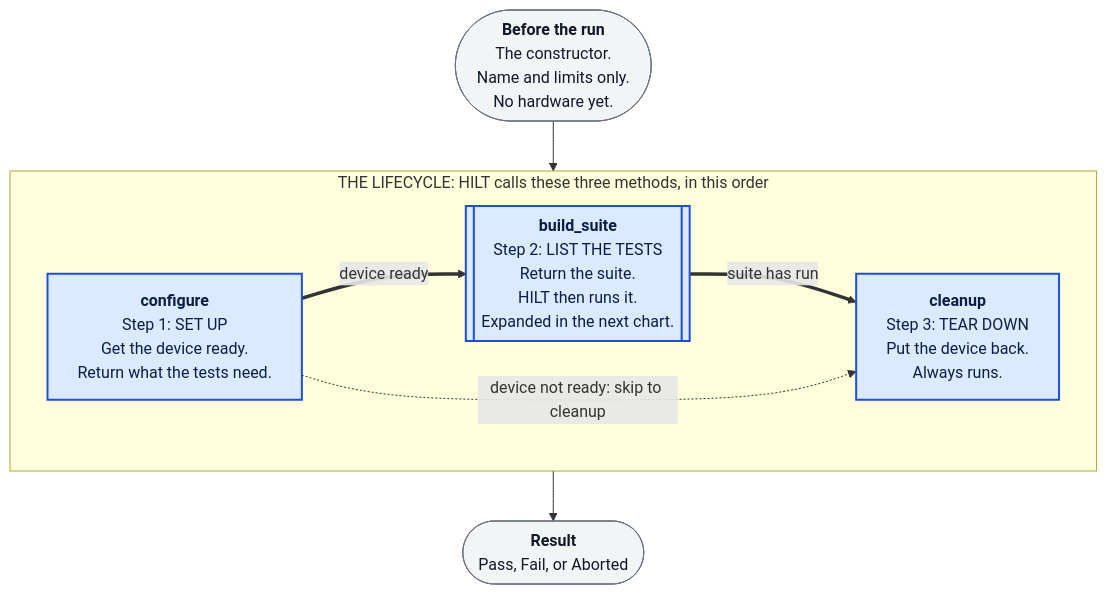
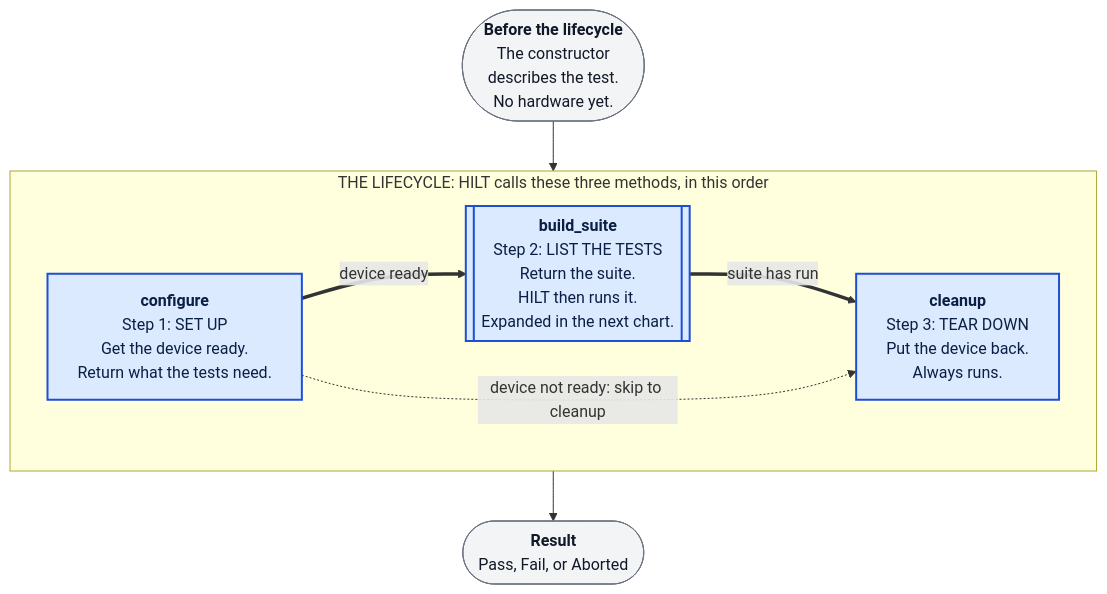
Before and after one commit to ty-meador/HILT: the first of 3 diagrams in docs/lifecycle.md, drawn with Mermaid. The commit also changed other lines of this file, not shown here.

First line of the commit message:
docs/lifecycle.md: corrections from a read against the contracts

````diff
--- a/docs/lifecycle.md
+++ b/docs/lifecycle.md
@@ -7,39 +7,39 @@
 ```mermaid
 flowchart TD
-    init(["`**Before the run**
-    The constructor.
-    Name and limits only.
+    init(["`**Before the lifecycle**
+    The constructor
+    describes the test.
     No hardware yet.`"])
 
     subgraph lifecycle["THE LIFECYCLE: HILT calls these three methods, in this order"]
         direction LR
         configure["`**configure**
         Step 1: SET UP
         Get the device ready.
         Return what the tests need.`"]
         build[["`**build_suite**
         Step 2: LIST THE TESTS
         Return the suite.
         HILT then runs it.
         Expanded in the next chart.`"]]
         cleanup["`**cleanup**
         Step 3: TEAR DOWN
         Put the device back.
         Always runs.`"]
 
         configure ==>|"device ready"| build
         build ==>|"suite has run"| cleanup
         configure -.->|"device not ready: skip to cleanup"| cleanup
     end
 
     result(["`**Result**
     Pass, Fail, or Aborted`"])
 
     init --> lifecycle
     lifecycle --> result
 
     classDef step fill:#dbeafe,stroke:#1d4ed8,stroke-width:2px,color:#0b1f44
     classDef outside fill:#f3f4f6,stroke:#6b7280,color:#111827
     class configure,build,cleanup step
     class init,result outside
 ```
````
